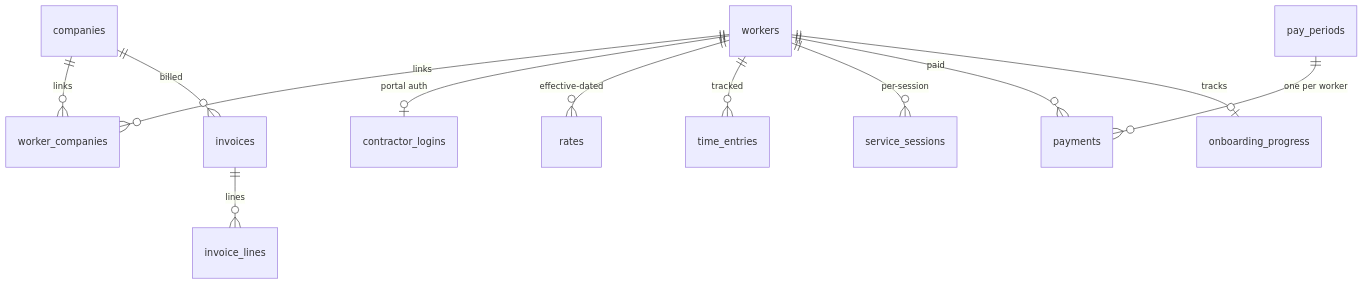
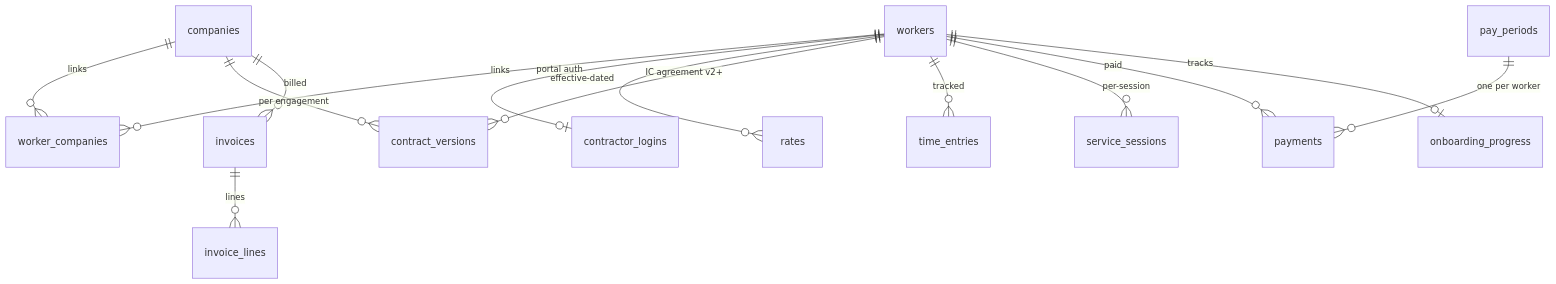
Before and after one commit to asongulol/abc-helper-app: the diagram in docs/data-model.md, drawn with Mermaid. The commit also changed other lines of this file and 8 other files, not shown here.

First line of the commit message:
docs(contracts): document contract versions (slice 5) (#158)

````diff
--- a/docs/data-model.md
+++ b/docs/data-model.md
@@ -20,14 +20,16 @@
 ```mermaid
 erDiagram
   companies ||--o{ worker_companies : "links"
   workers   ||--o{ worker_companies : "links"
   workers   ||--o| contractor_logins : "portal auth"
   workers   ||--o{ rates : "effective-dated"
+  workers   ||--o{ contract_versions : "IC agreement v2+"
+  companies ||--o{ contract_versions : "per engagement"
   workers   ||--o{ time_entries : "tracked"
   workers   ||--o{ service_sessions : "per-session"
   pay_periods ||--o{ payments : "one per worker"
   workers   ||--o{ payments : "paid"
   companies ||--o{ invoices : "billed"
   invoices  ||--o{ invoice_lines : "lines"
   workers   ||--o| onboarding_progress : "tracks"
 ```
````
